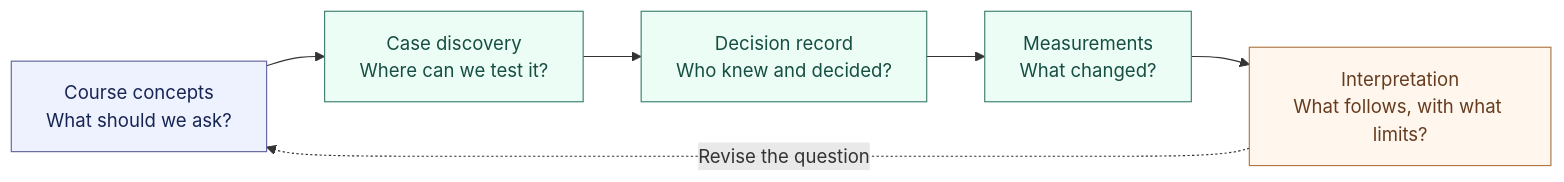
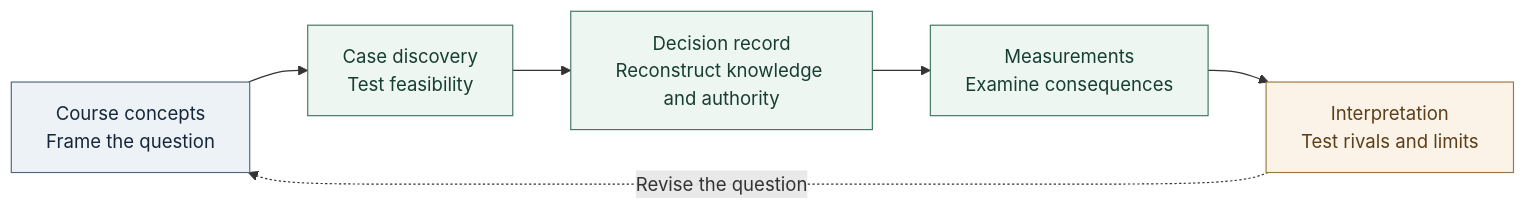
Before and after one commit to mj3b/envr-e119g-sustainable-cities-study: the diagram in README.md, drawn with Mermaid. The commit also changed other lines of this file and 88 other files, not shown here.

Commit message:
Deepen course analysis and add research assurance with Assignment 1 evidence packet

````diff
--- a/README.md
+++ b/README.md
@@ -32,14 +41,14 @@
 ```mermaid
 flowchart LR
-    A["Course concepts<br/>What should we ask?"] --> B["Case discovery<br/>Where can we test it?"]
-    B --> C["Decision record<br/>Who knew and decided?"]
-    C --> D["Measurements<br/>What changed?"]
-    D --> E["Interpretation<br/>What follows, with what limits?"]
+    A["Course concepts<br/>Frame the question"] --> B["Case discovery<br/>Test feasibility"]
+    B --> C["Decision record<br/>Reconstruct knowledge and authority"]
+    C --> D["Measurements<br/>Examine consequences"]
+    D --> E["Interpretation<br/>Test rivals and limits"]
     E -. "Revise the question" .-> A
-    classDef theory fill:#eef2ff,stroke:#6366a0,color:#172554;
-    classDef inquiry fill:#ecfdf5,stroke:#3f8171,color:#164e43;
-    classDef judgment fill:#fff7ed,stroke:#ad7845,color:#663c20;
-    class A theory;
-    class B,C,D inquiry;
+    classDef foundation fill:#edf2f7,stroke:#526681,color:#162638;
+    classDef evidence fill:#eef6f2,stroke:#427563,color:#173e32;
+    classDef judgment fill:#fbf3e8,stroke:#9b7641,color:#5b3f18;
+    class A foundation;
+    class B,C,D evidence;
     class E judgment;
 ```
````
